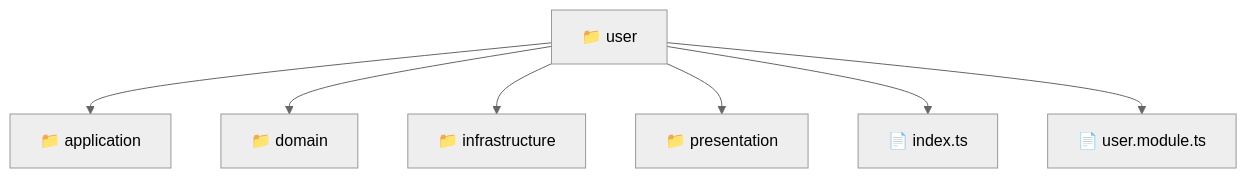
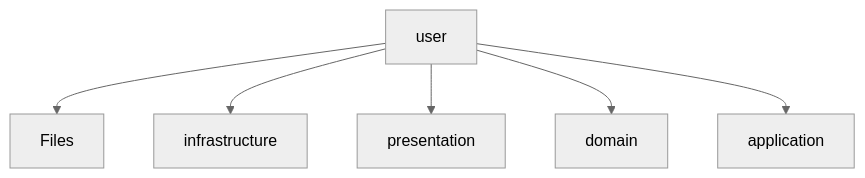
One commit to beginwebdev2002/fullstack-mavluda changed the diagram in backend/src/modules/user/README.md. Above: the diagram before and after it, drawn with Mermaid (neutral theme). The commit also changed other lines of this file and 163 other files, not shown here.

First line of the commit message:
feat: autogenerate localized directory readmes for architectural transparency

````diff
--- a/backend/src/modules/user/README.md
+++ b/backend/src/modules/user/README.md
@@ -9,10 +10,8 @@
 ```mermaid
 graph TD
-  Root["📁 user"]
-  Root --> application["📁 application"]
-  Root --> domain["📁 domain"]
-  Root --> infrastructure["📁 infrastructure"]
-  Root --> presentation["📁 presentation"]
-  Root --> index_ts["📄 index.ts"]
-  Root --> user_module_ts["📄 user.module.ts"]
+    user[user] --> Files
+    user --> infrastructure[infrastructure]
+    user --> presentation[presentation]
+    user --> domain[domain]
+    user --> application[application]
 ```
````
